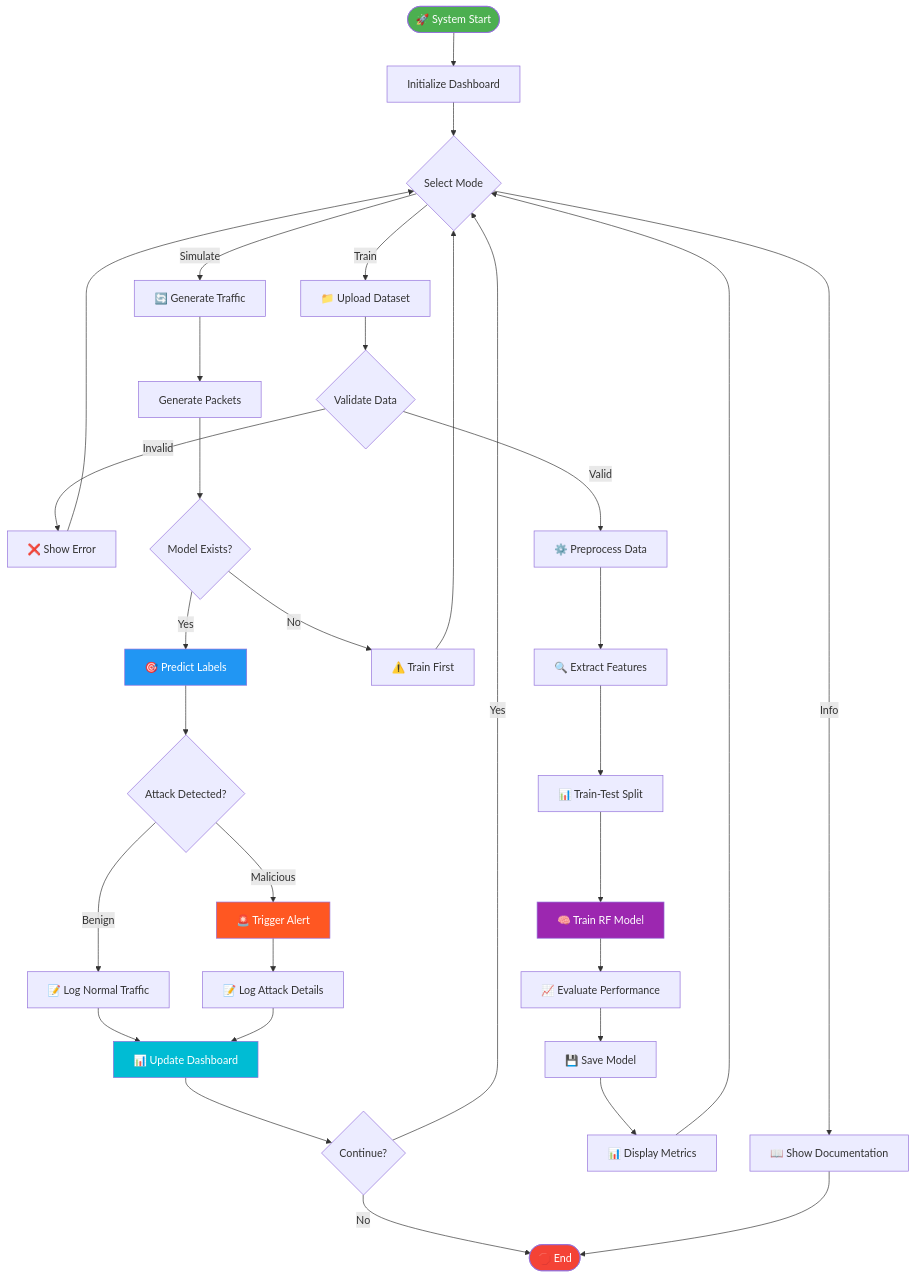
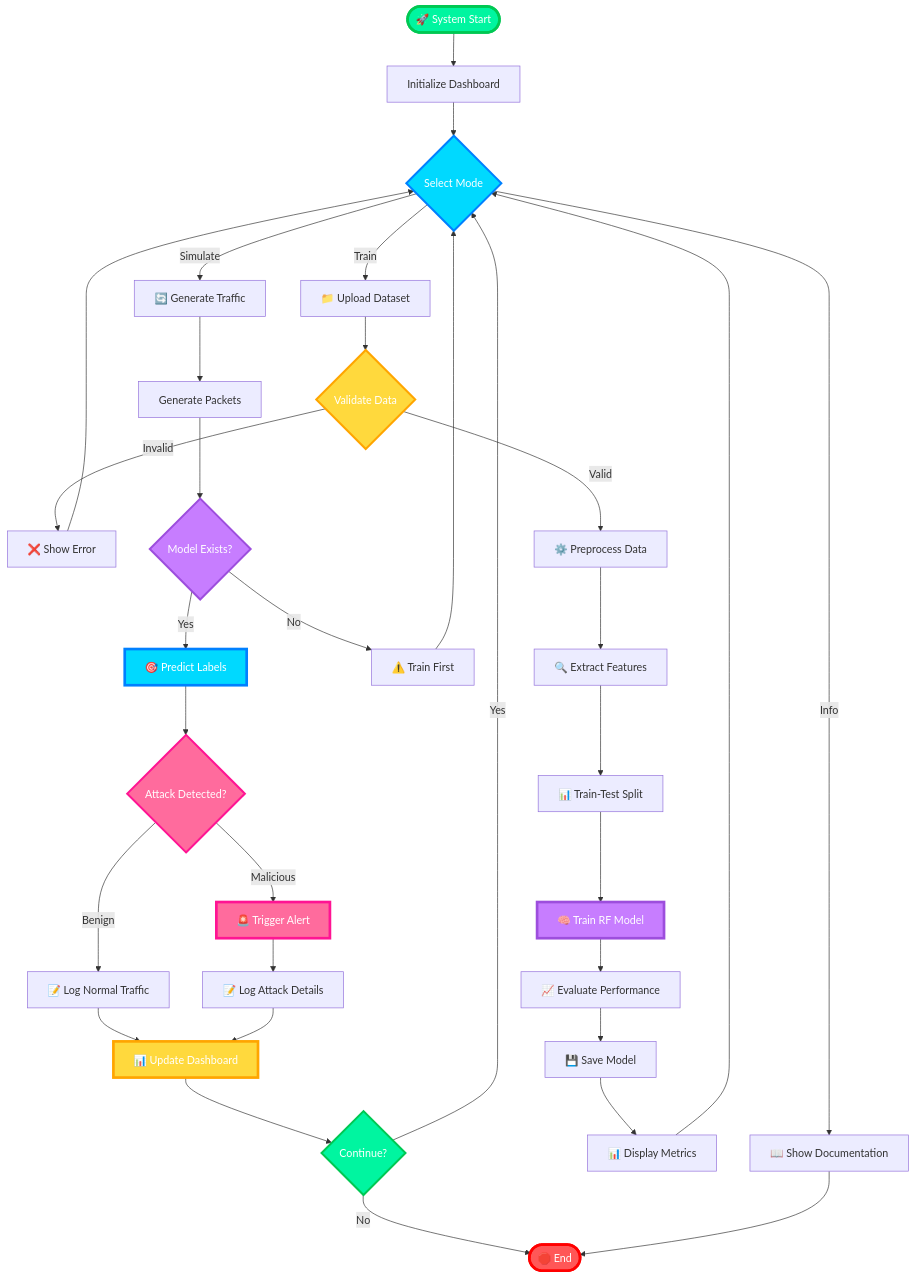
The fourth of 8 diagrams in README.md (sr-857/AI-Network-Intrusion-Detection), drawn with Mermaid before and after one commit. The commit also changed other lines of this file, not shown here.

````diff
--- a/README.md
+++ b/README.md
@@ -370,49 +173,54 @@
 ```mermaid
 graph TD
     Start([🚀 System Start]) --> Init[Initialize Dashboard]
     Init --> Mode{Select Mode}
     
     Mode -->|Train| Upload[📁 Upload Dataset]
     Mode -->|Simulate| Simulate[🔄 Generate Traffic]
     Mode -->|Info| Display[📖 Show Documentation]
     
     Upload --> Validate{Validate Data}
     Validate -->|Invalid| Error[❌ Show Error]
     Validate -->|Valid| Preprocess[⚙️ Preprocess Data]
     
     Preprocess --> Extract[🔍 Extract Features]
     Extract --> Split[📊 Train-Test Split]
     Split --> Train[🧠 Train RF Model]
     Train --> Evaluate[📈 Evaluate Performance]
     Evaluate --> Save[💾 Save Model]
     Save --> ShowMetrics[📊 Display Metrics]
     
     Simulate --> Generate[Generate Packets]
     Generate --> LoadModel{Model Exists?}
     LoadModel -->|No| TrainFirst[⚠️ Train First]
     LoadModel -->|Yes| Predict[🎯 Predict Labels]
     
     Predict --> Classify{Attack Detected?}
     Classify -->|Benign| LogNormal[📝 Log Normal Traffic]
     Classify -->|Malicious| Alert[🚨 Trigger Alert]
     
     LogNormal --> Visualize[📊 Update Dashboard]
     Alert --> LogAttack[📝 Log Attack Details]
     LogAttack --> Visualize
     
     Visualize --> Continue{Continue?}
     Continue -->|Yes| Mode
     Continue -->|No| End([🛑 End])
     
     Display --> End
     Error --> Mode
     ShowMetrics --> Mode
     TrainFirst --> Mode
     
-    style Start fill:#4CAF50,color:#fff
-    style End fill:#f44336,color:#fff
-    style Train fill:#9C27B0,color:#fff
-    style Predict fill:#2196F3,color:#fff
-    style Alert fill:#FF5722,color:#fff
-    style Visualize fill:#00BCD4,color:#fff
+    style Start fill:#00F5A0,stroke:#00C853,color:#fff,stroke-width:4px
+    style End fill:#FF5757,stroke:#FF0000,color:#fff,stroke-width:4px
+    style Train fill:#C77DFF,stroke:#9D4EDD,color:#fff,stroke-width:4px
+    style Predict fill:#00D9FF,stroke:#0080FF,color:#fff,stroke-width:4px
+    style Alert fill:#FF6B9D,stroke:#FF1493,color:#fff,stroke-width:4px
+    style Visualize fill:#FFD93D,stroke:#FFA500,color:#fff,stroke-width:4px
+    style Mode fill:#00D9FF,stroke:#0080FF,color:#fff,stroke-width:3px
+    style Validate fill:#FFD93D,stroke:#FFA500,color:#fff,stroke-width:3px
+    style LoadModel fill:#C77DFF,stroke:#9D4EDD,color:#fff,stroke-width:3px
+    style Classify fill:#FF6B9D,stroke:#FF1493,color:#fff,stroke-width:3px
+    style Continue fill:#00F5A0,stroke:#00C853,color:#fff,stroke-width:3px
 ```
````
